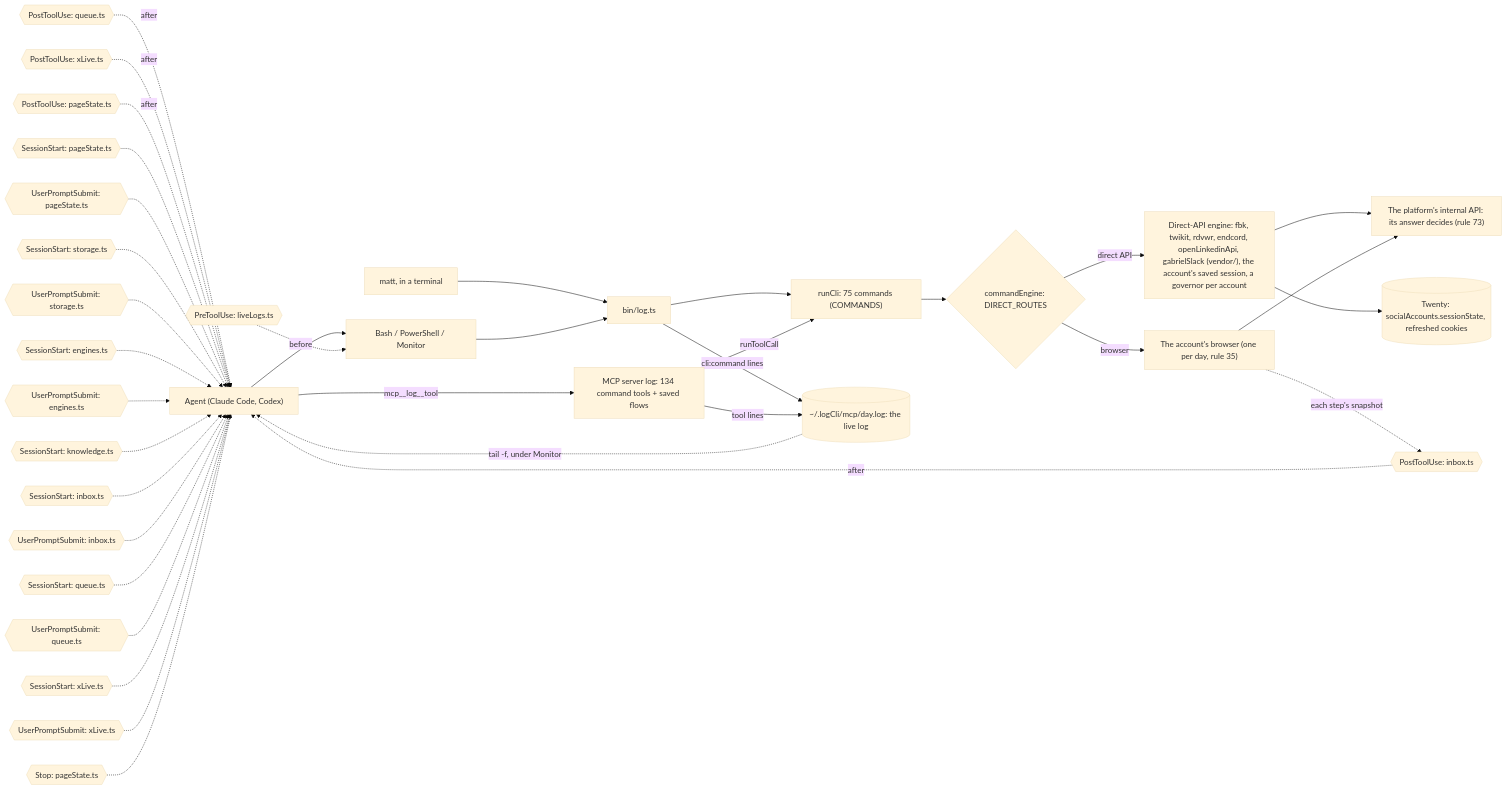
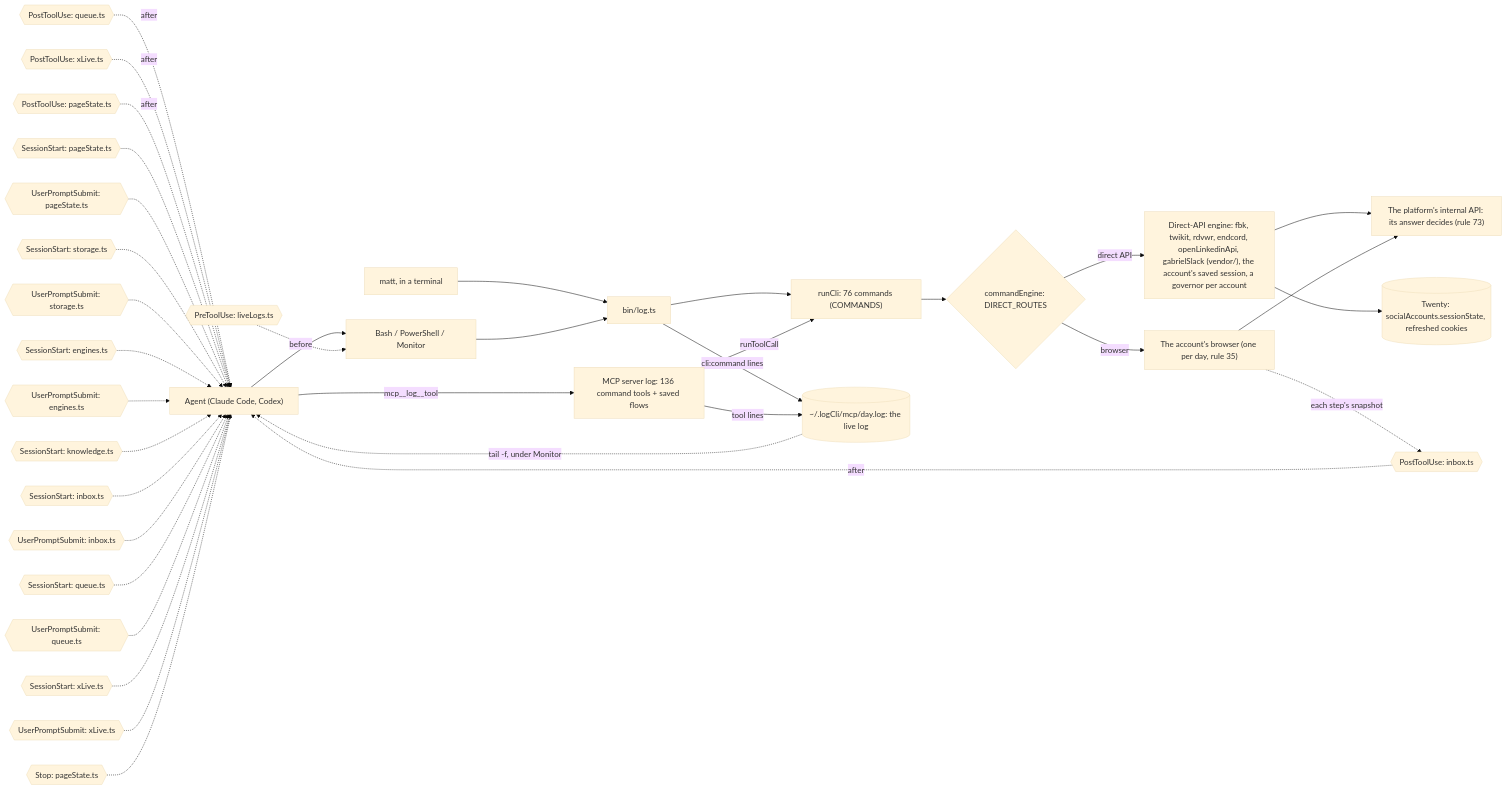
The diagram in docs/diagrams/surface.mmd (matthewdonsemail-lab/log), drawn with Mermaid (base theme) before and after one commit. The commit also changed 55 other files, not shown here.

```diff
--- a/docs/diagrams/surface.mmd
+++ b/docs/diagrams/surface.mmd
@@ -1,50 +1,50 @@
 %% How a call reaches log-cli. From a shell or over MCP, both run the same commands through `runCli`, write the same live log, and pass through the same hooks. `commandEngine` sends each command to the platform's direct API or to the account's browser.
 %% Written by `bun run docs:build` from the code (rule 56). Not edited by hand.
 flowchart LR
   agent["Agent (Claude Code, Codex)"]
   matt["matt, in a terminal"]
   shell["Bash / PowerShell / Monitor"]
-  mcp["MCP server log: 134 command tools + saved flows"]
+  mcp["MCP server log: 136 command tools + saved flows"]
   bin["bin/log.ts"]
-  runCli["runCli: 75 commands (COMMANDS)"]
+  runCli["runCli: 76 commands (COMMANDS)"]
   live[("~/.logCli/mcp/day.log: the live log")]
   engine{"commandEngine: DIRECT_ROUTES"}
   direct["Direct-API engine: fbk, twikit, rdvwr, endcord, openLinkedinApi, gabrielSlack (vendor/), the account's saved session, a governor per account"]
   browser["The account's browser (one per day, rule 35)"]
   api["The platform's internal API: its answer decides (rule 73)"]
   twenty[("Twenty: socialAccounts.sessionState, refreshed cookies")]
   agent --> shell
   matt --> bin
   shell --> bin
   agent -->|mcp__log__tool| mcp
   bin --> runCli
   mcp -->|runToolCall| runCli
   runCli --> engine
   engine -->|direct API| direct
   engine -->|browser| browser
   direct --> api
   browser --> api
   direct --> twenty
   bin -->|cli:command lines| live
   mcp -->|tool lines| live
   live -.->|tail -f, under Monitor| agent
   pre0{{"PreToolUse: liveLogs.ts"}} -.->|before| shell
   post0{{"PostToolUse: inbox.ts"}} -.->|after| agent
   post1{{"PostToolUse: queue.ts"}} -.->|after| agent
   post2{{"PostToolUse: xLive.ts"}} -.->|after| agent
   post3{{"PostToolUse: pageState.ts"}} -.->|after| agent
   turn0{{"SessionStart: pageState.ts"}} -.-> agent
   turn1{{"UserPromptSubmit: pageState.ts"}} -.-> agent
   turn2{{"SessionStart: storage.ts"}} -.-> agent
   turn3{{"UserPromptSubmit: storage.ts"}} -.-> agent
   turn4{{"SessionStart: engines.ts"}} -.-> agent
   turn5{{"UserPromptSubmit: engines.ts"}} -.-> agent
   turn6{{"SessionStart: knowledge.ts"}} -.-> agent
   turn7{{"SessionStart: inbox.ts"}} -.-> agent
   turn8{{"UserPromptSubmit: inbox.ts"}} -.-> agent
   turn9{{"SessionStart: queue.ts"}} -.-> agent
   turn10{{"UserPromptSubmit: queue.ts"}} -.-> agent
   turn11{{"SessionStart: xLive.ts"}} -.-> agent
   turn12{{"UserPromptSubmit: xLive.ts"}} -.-> agent
   turn13{{"Stop: pageState.ts"}} -.-> agent
   browser -.->|each step's snapshot| post0
```
